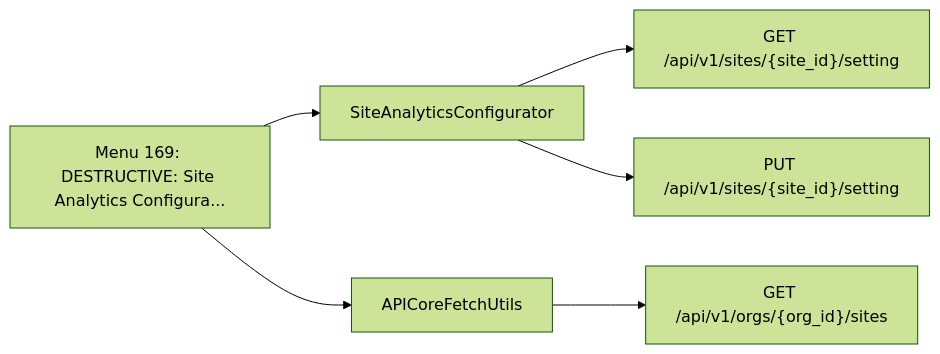
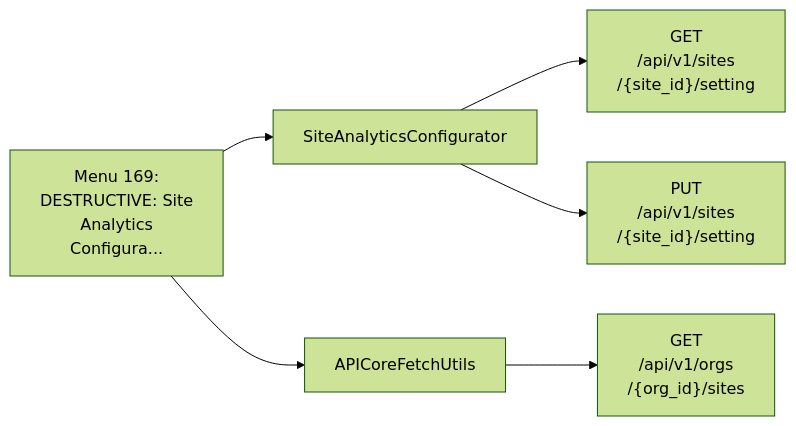
Diagram 16 of 27 in documentation/menu-api/destructive.md (jmorrison-juniper/MistHelper), drawn with Mermaid (forest theme) before and after one commit. The commit also changed other lines of this file and 19 other files, not shown here.

First line of the commit message:
docs(menu-api): fit the Mermaid diagrams to the wiki column (#3463)

````diff
--- a/documentation/menu-api/destructive.md
+++ b/documentation/menu-api/destructive.md
@@ -688,9 +478,9 @@
 ```mermaid
 flowchart LR
-    menu["Menu 169: DESTRUCTIVE: Site Analytics Configura..."]
+    menu["Menu 169:<br/>DESTRUCTIVE: Site<br/>Analytics<br/>Configura..."]
     menu --> c1["SiteAnalyticsConfigurator"]
-    c1 --> e1["GET /api/v1/sites/{site_id}/setting"]
-    c1 --> e2["PUT /api/v1/sites/{site_id}/setting"]
+    c1 --> e1["GET<br/>/api/v1/sites<br/>/{site_id}/setting"]
+    c1 --> e2["PUT<br/>/api/v1/sites<br/>/{site_id}/setting"]
     menu --> c2["APICoreFetchUtils"]
-    c2 --> e3["GET /api/v1/orgs/{org_id}/sites"]
+    c2 --> e3["GET<br/>/api/v1/orgs<br/>/{org_id}/sites"]
 ```
````
